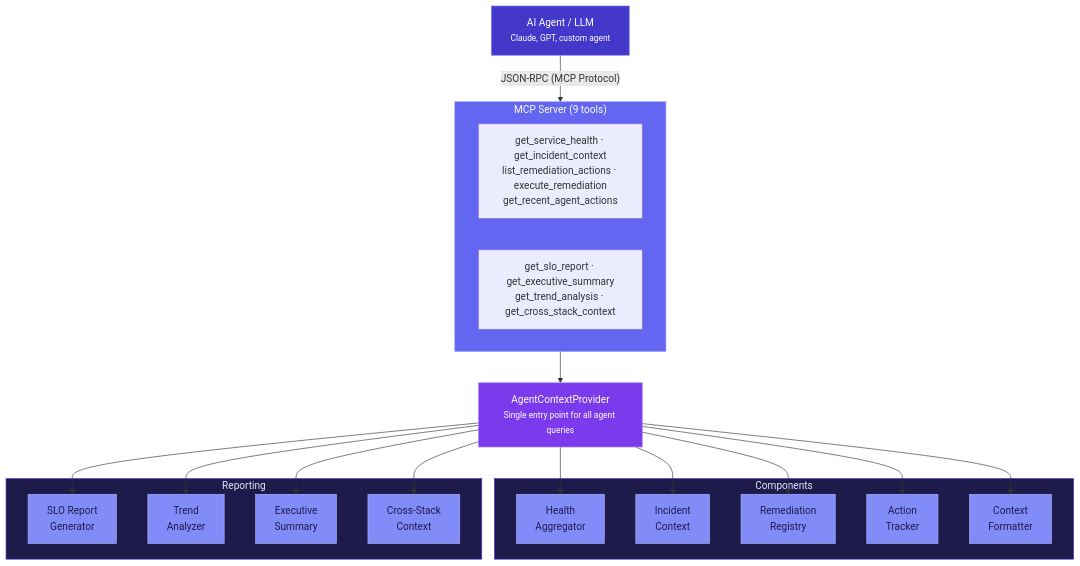
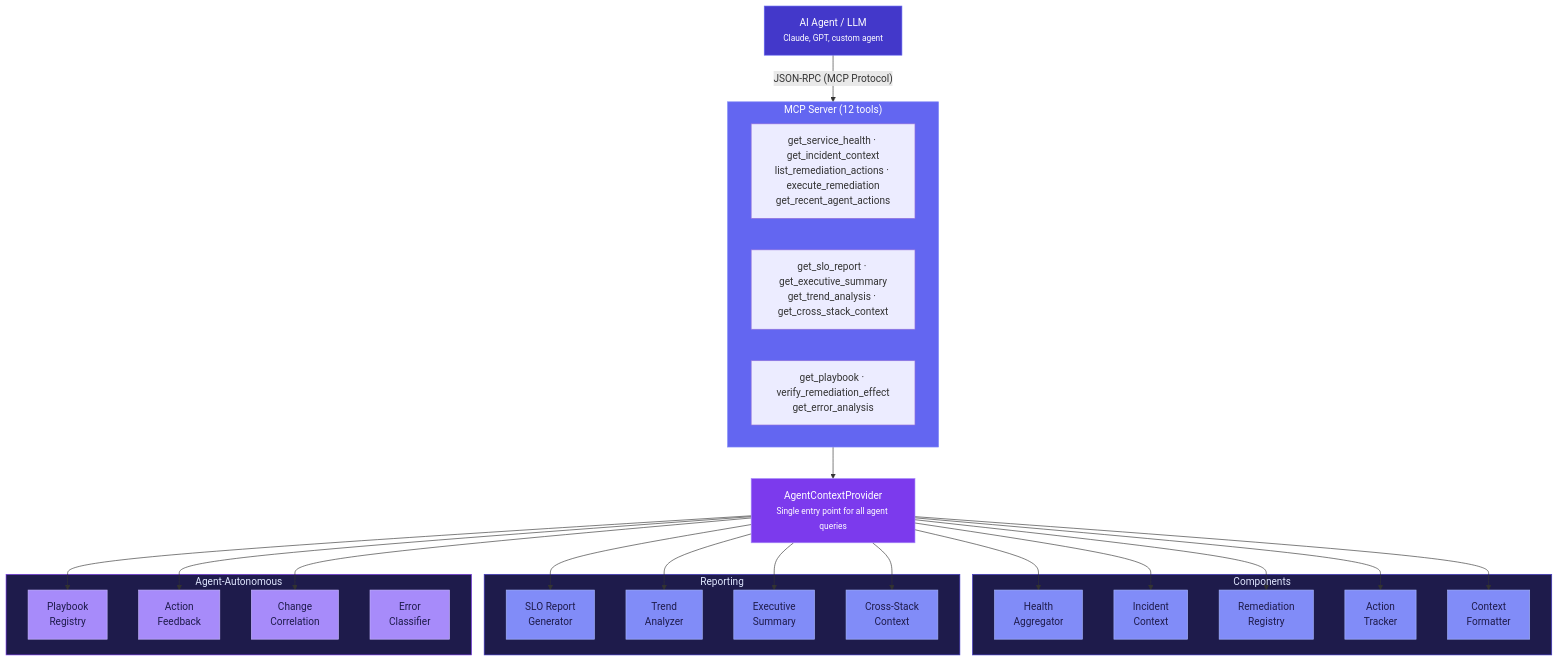
Before and after one commit to rrohitramsen/AgentTel: the diagram in docs/04-AGENT-LAYER.md, drawn with Mermaid. The commit also changed other lines of this file and 38 other files, not shown here.

First line of the commit message:
Add agent-autonomous telemetry capabilities (Phase 7)

````diff
--- a/docs/04-AGENT-LAYER.md
+++ b/docs/04-AGENT-LAYER.md
@@ -9,53 +9,69 @@
 ```mermaid
 graph TB
     Agent["AI Agent / LLM<br/><small>Claude, GPT, custom agent</small>"]
 
-    subgraph MCP["MCP Server (9 tools)"]
+    subgraph MCP["MCP Server (12 tools)"]
         Tools1["get_service_health · get_incident_context<br/>list_remediation_actions · execute_remediation<br/>get_recent_agent_actions"]
         Tools2["get_slo_report · get_executive_summary<br/>get_trend_analysis · get_cross_stack_context"]
+        Tools3["get_playbook · verify_remediation_effect<br/>get_error_analysis"]
     end
 
     ACP["AgentContextProvider<br/><small>Single entry point for all agent queries</small>"]
 
     subgraph Components["Components"]
         HA["Health<br/>Aggregator"]
         IC["Incident<br/>Context"]
         RR["Remediation<br/>Registry"]
         AT["Action<br/>Tracker"]
         CF["Context<br/>Formatter"]
     end
 
     subgraph Reporting["Reporting"]
         SLO["SLO Report<br/>Generator"]
         TR["Trend<br/>Analyzer"]
         ES["Executive<br/>Summary"]
         CS["Cross-Stack<br/>Context"]
     end
 
+    subgraph Autonomous["Agent-Autonomous"]
+        PB["Playbook<br/>Registry"]
+        FL["Action<br/>Feedback"]
+        CC["Change<br/>Correlation"]
+        EC["Error<br/>Classifier"]
+    end
+
     Agent -->|"JSON-RPC (MCP Protocol)"| MCP
     MCP --> ACP
     ACP --> HA
     ACP --> IC
     ACP --> RR
     ACP --> AT
     ACP --> CF
     ACP --> SLO
     ACP --> TR
     ACP --> ES
     ACP --> CS
+    ACP --> PB
+    ACP --> FL
+    ACP --> CC
 
     style Agent fill:#4338ca,stroke:#6366f1,color:#fff
     style MCP fill:#6366f1,stroke:#818cf8,color:#fff
     style ACP fill:#7c3aed,stroke:#a78bfa,color:#fff
     style Components fill:#1e1b4b,stroke:#4338ca,color:#e0e7ff
     style Reporting fill:#1e1b4b,stroke:#4338ca,color:#e0e7ff
+    style Autonomous fill:#1e1b4b,stroke:#7c3aed,color:#e0e7ff
     style HA fill:#818cf8,stroke:#a5b4fc,color:#1e1b4b
     style IC fill:#818cf8,stroke:#a5b4fc,color:#1e1b4b
     style RR fill:#818cf8,stroke:#a5b4fc,color:#1e1b4b
     style AT fill:#818cf8,stroke:#a5b4fc,color:#1e1b4b
     style CF fill:#818cf8,stroke:#a5b4fc,color:#1e1b4b
     style SLO fill:#818cf8,stroke:#a5b4fc,color:#1e1b4b
     style TR fill:#818cf8,stroke:#a5b4fc,color:#1e1b4b
     style ES fill:#818cf8,stroke:#a5b4fc,color:#1e1b4b
     style CS fill:#818cf8,stroke:#a5b4fc,color:#1e1b4b
+    style PB fill:#a78bfa,stroke:#c4b5fd,color:#1e1b4b
+    style FL fill:#a78bfa,stroke:#c4b5fd,color:#1e1b4b
+    style CC fill:#a78bfa,stroke:#c4b5fd,color:#1e1b4b
+    style EC fill:#a78bfa,stroke:#c4b5fd,color:#1e1b4b
 ```
````
